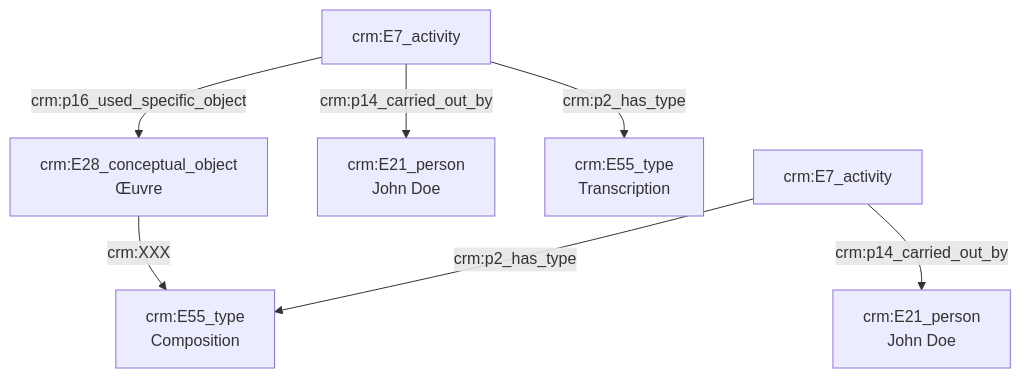
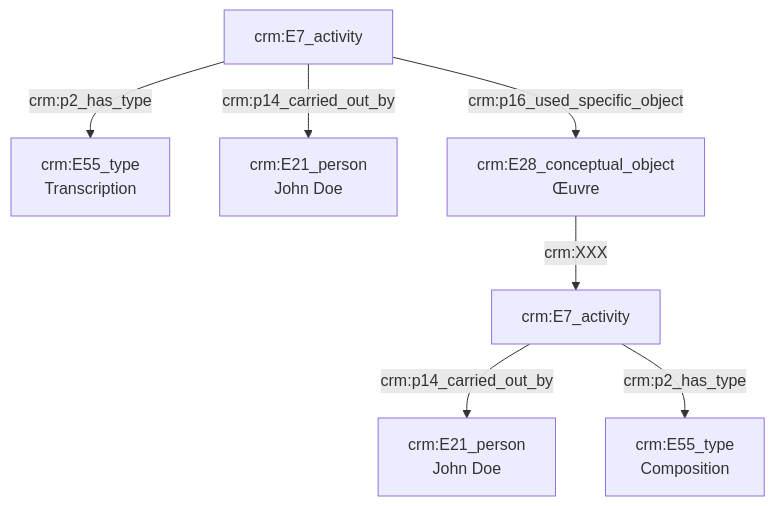
The diagram in modules/livrables/Dossier 2/Indexation conceptuelle/transcription d'une œuvre.md (Amleth/consortium-musica2-gt2-ontologies), drawn with Mermaid before and after one commit.

Commit message:
Update transcription d'une œuvre.md

````diff
--- a/modules/livrables/Dossier 2/Indexation conceptuelle/transcription d'une œuvre.md
+++ b/modules/livrables/Dossier 2/Indexation conceptuelle/transcription d'une œuvre.md
@@ -12,13 +12,13 @@
 ```mermaid
 graph TD;
 
 A[crm:E7_activity] --> |crm:p2_has_type| B[crm:E55_type<br>Transcription]
 A[crm:E7_activity] --> |crm:p14_carried_out_by| C[crm:E21_person<br>John Doe]
 A[crm:E7_activity] --> |crm:p16_used_specific_object| D[crm:E28_conceptual_object<br>Œuvre]
 
 
 E[crm:E7_activity] --> |crm:p14_carried_out_by| F[crm:E21_person<br>John Doe]
 E[crm:E7_activity] --> |crm:p2_has_type| G[crm:E55_type<br>Composition]
-D[crm:E28_conceptual_object<br>Œuvre]  --> |crm:XXX| G[crm:E55_type<br>Composition]
+D[crm:E28_conceptual_object<br>Œuvre]  --> |crm:XXX| E[crm:E7_activity]
 
 ```
````
